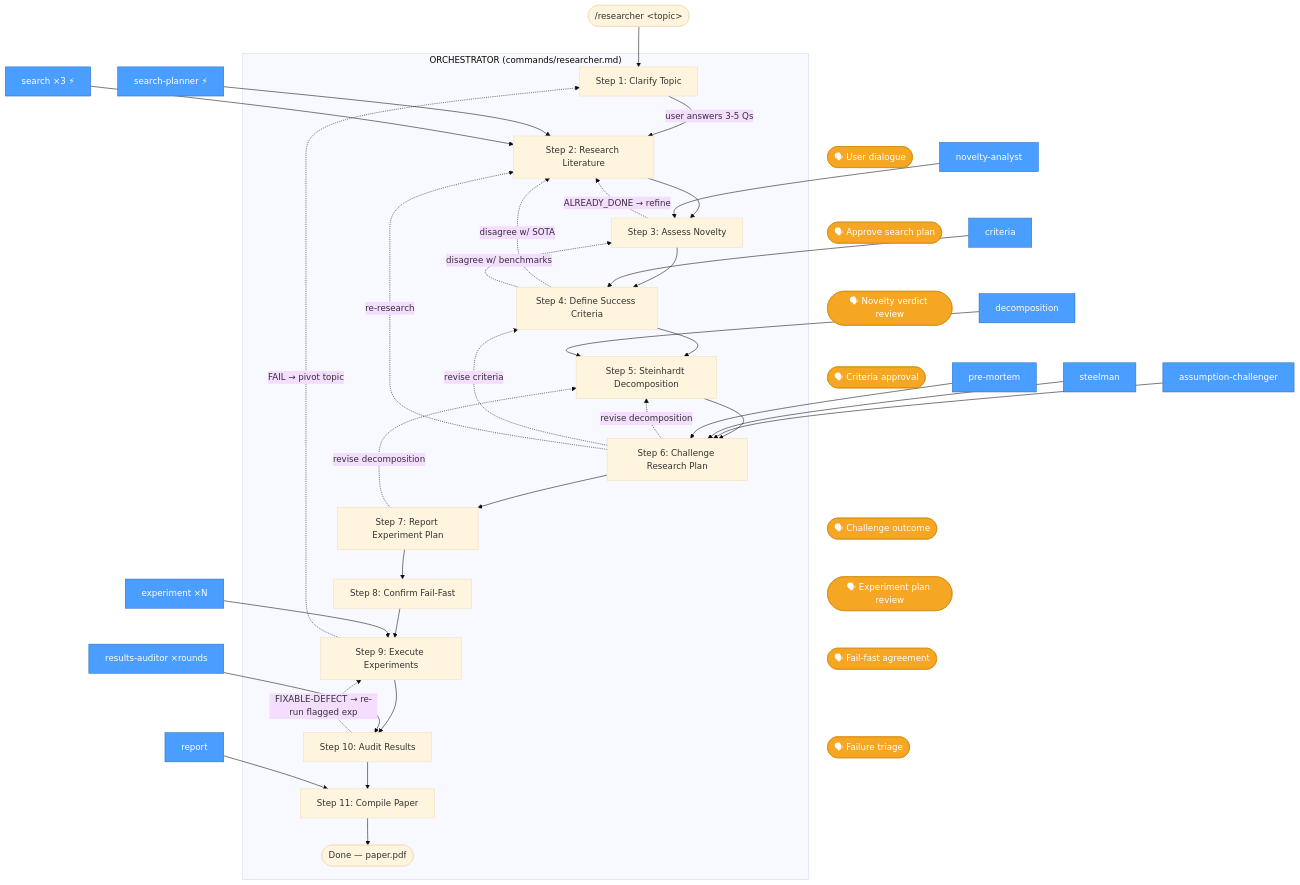
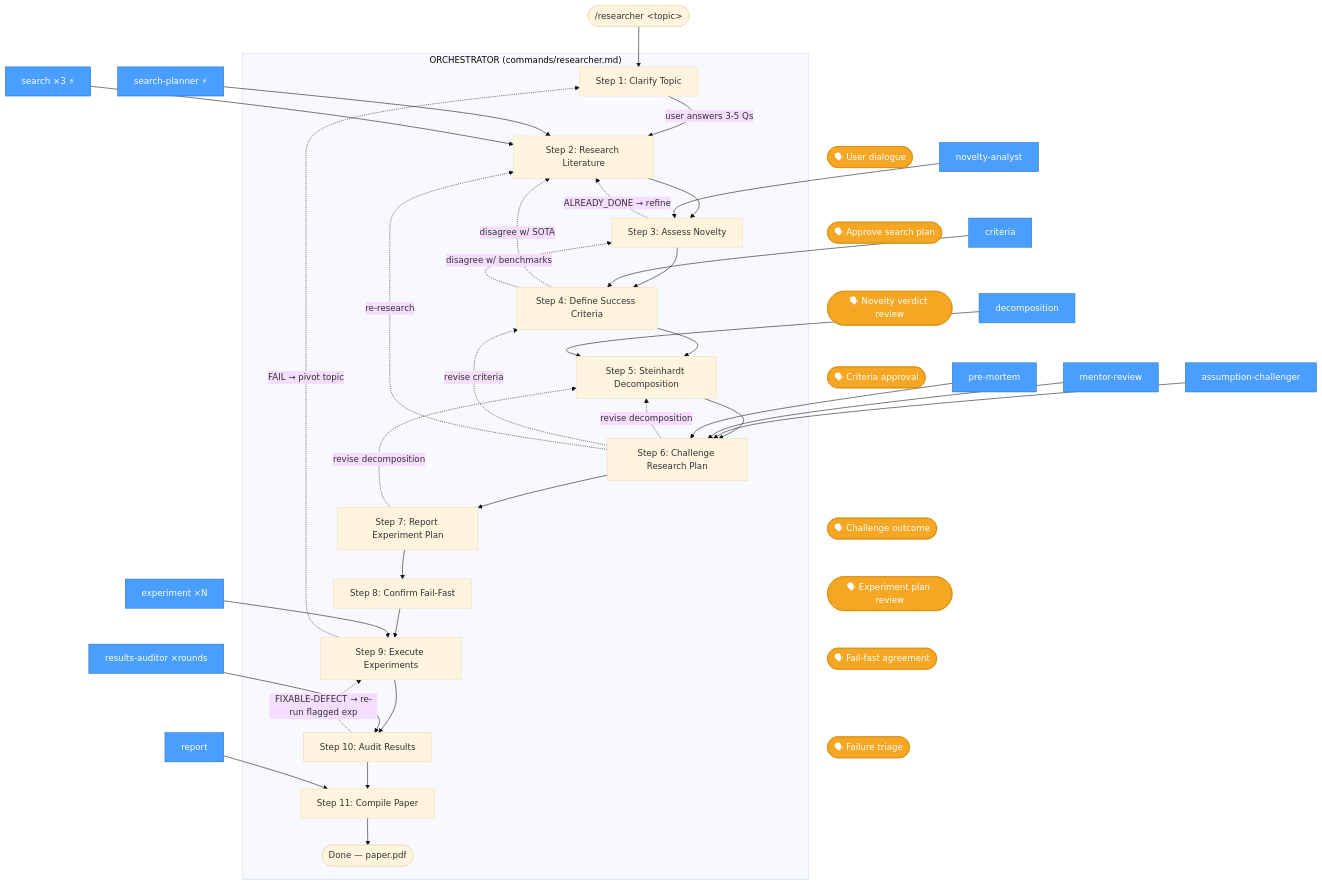
The first of 4 diagrams in docs/DIAGRAM.md (tbuckworth/ai-safety-researcher), drawn with Mermaid (base theme) before and after one commit. The commit also changed other lines of this file and 21 other files, not shown here.

````diff
--- a/docs/DIAGRAM.md
+++ b/docs/DIAGRAM.md
@@ -5,68 +5,68 @@
 ```mermaid
 flowchart TD
     User(["/researcher &lt;topic&gt;"]) --> S1
 
     subgraph ORCH["ORCHESTRATOR (commands/researcher.md)"]
         S1["Step 1: Clarify Topic"]
         S2["Step 2: Research Literature"]
         S3["Step 3: Assess Novelty"]
         S4["Step 4: Define Success Criteria"]
         S5["Step 5: Steinhardt Decomposition"]
         S6["Step 6: Challenge Research Plan"]
         S7["Step 7: Report Experiment Plan"]
         S8["Step 8: Confirm Fail-Fast"]
         S9["Step 9: Execute Experiments"]
         S10["Step 10: Audit Results"]
         S11["Step 11: Compile Paper"]
         Done(["Done — paper.pdf"])
 
         S1 -->|"user answers 3-5 Qs"| S2
         S2 --> S3
         S3 --> S4
         S4 --> S5
         S5 --> S6
         S6 --> S7
         S7 --> S8
         S8 --> S9
         S9 --> S10
         S10 --> S11
         S11 --> Done
     end
 
     %% Loop-backs
     S3 -.->|"ALREADY_DONE → refine"| S2
     S4 -.->|"disagree w/ SOTA"| S2
     S4 -.->|"disagree w/ benchmarks"| S3
     S6 -.->|"revise decomposition"| S5
     S6 -.->|"revise criteria"| S4
     S6 -.->|"re-research"| S2
     S7 -.->|"revise decomposition"| S5
     S9 -.->|"FAIL → pivot topic"| S1
     S10 -.->|"FIXABLE-DEFECT → re-run flagged exp"| S9
 
     %% Agents
     SP["search-planner ⚡"]:::agent --> S2
     SE["search ×3 ⚡"]:::agent --> S2
     NA["novelty-analyst"]:::agent --> S3
     CR["criteria"]:::agent --> S4
     DE["decomposition"]:::agent --> S5
     AC["assumption-challenger"]:::agent --> S6
-    SM2["steelman"]:::agent --> S6
+    SM2["mentor-review"]:::agent --> S6
     PM["pre-mortem"]:::agent --> S6
     EX["experiment ×N"]:::agent --> S9
     RA["results-auditor ×rounds"]:::agent --> S10
     RE["report"]:::agent --> S11
 
     %% User interaction points
     S1 ~~~ U1(["🗣 User dialogue"]):::user
     S2 ~~~ U2(["🗣 Approve search plan"]):::user
     S3 ~~~ U3(["🗣 Novelty verdict review"]):::user
     S4 ~~~ U4(["🗣 Criteria approval"]):::user
     S6 ~~~ U6c(["🗣 Challenge outcome"]):::user
     S7 ~~~ U7(["🗣 Experiment plan review"]):::user
     S8 ~~~ U8(["🗣 Fail-fast agreement"]):::user
     S9 ~~~ U9(["🗣 Failure triage"]):::user
 
     classDef agent fill:#4a9eff,stroke:#2670c2,color:#fff
     classDef user fill:#f5a623,stroke:#d48b0c,color:#fff
 ```
````
